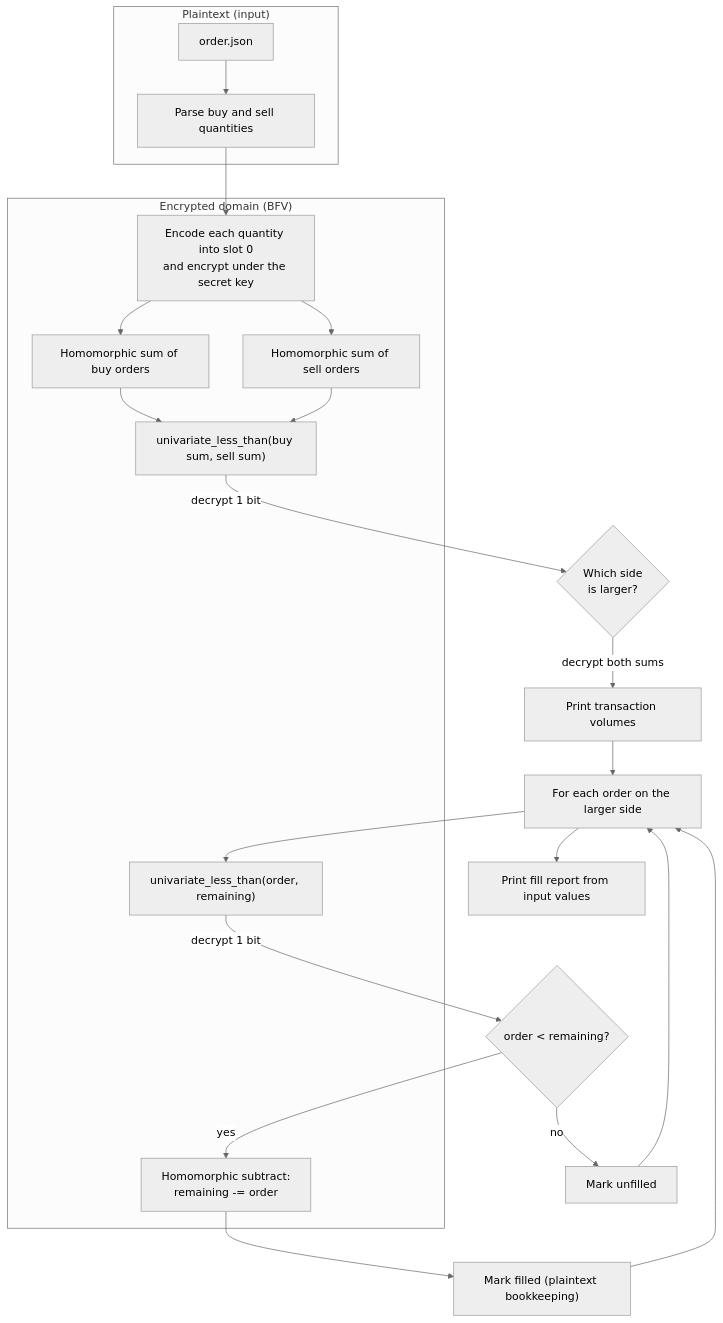
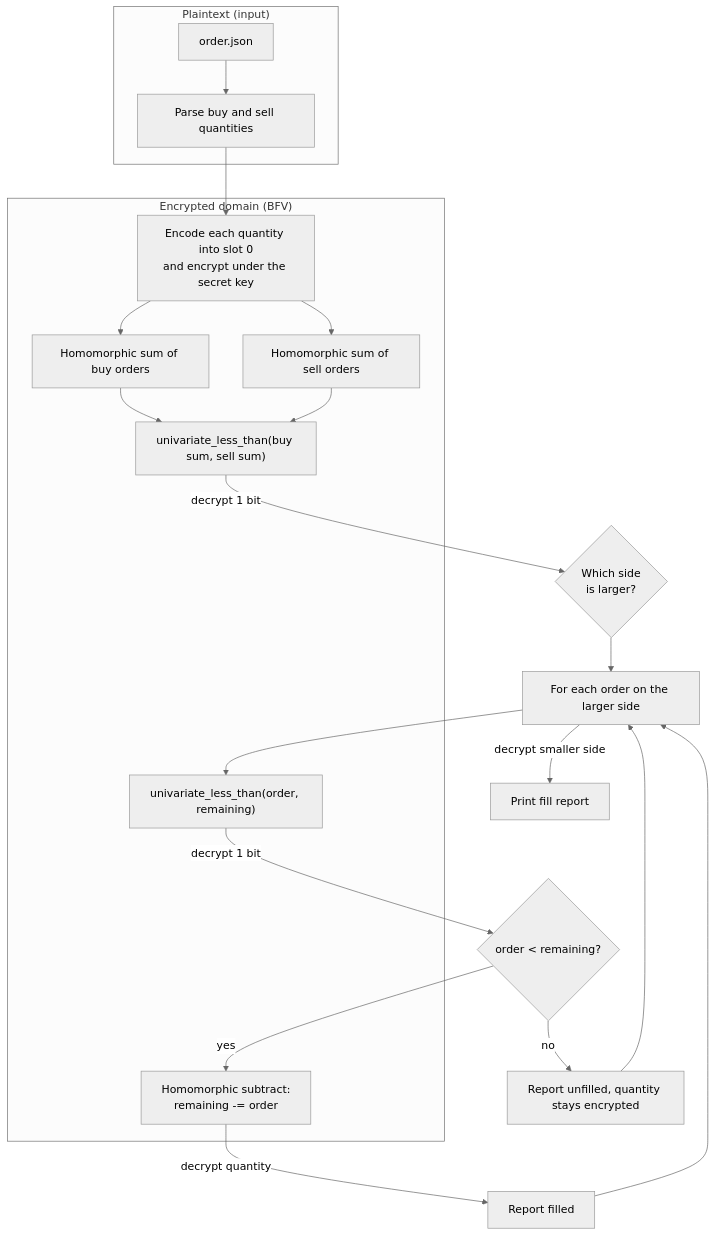
One commit to Giri-Aayush/bfv-homomorphic-order-matching-engine changed the diagram in README.md. Above: the diagram before and after it, drawn with Mermaid (neutral theme). The commit also changed other lines of this file, not shown here.

````diff
--- a/README.md
+++ b/README.md
@@ -55,29 +75,28 @@
 ```mermaid
 flowchart TD
     subgraph P1["Plaintext (input)"]
         A[order.json] --> B[Parse buy and sell quantities]
     end
 
     B --> C["Encode each quantity into slot 0<br/>and encrypt under the secret key"]
 
     subgraph E["Encrypted domain (BFV)"]
         C --> D1["Homomorphic sum of buy orders"]
         C --> D2["Homomorphic sum of sell orders"]
         D1 --> F["univariate_less_than(buy sum, sell sum)"]
         D2 --> F
         G["univariate_less_than(order, remaining)"]
         H["Homomorphic subtract:<br/>remaining -= order"]
     end
 
     F -->|"decrypt 1 bit"| I{"Which side<br/>is larger?"}
-    I -->|"decrypt both sums"| J["Print transaction volumes"]
-    J --> K["For each order on the larger side"]
+    I --> K["For each order on the larger side"]
     K --> G
     G -->|"decrypt 1 bit"| L{"order < remaining?"}
     L -->|yes| H
-    H --> M["Mark filled (plaintext bookkeeping)"]
-    L -->|no| N["Mark unfilled"]
+    H -->|"decrypt quantity"| M["Report filled"]
+    L -->|no| N["Report unfilled, quantity stays encrypted"]
     M --> K
     N --> K
-    K --> O["Print fill report from input values"]
+    K -->|"decrypt smaller side"| O["Print fill report"]
 ```
````
